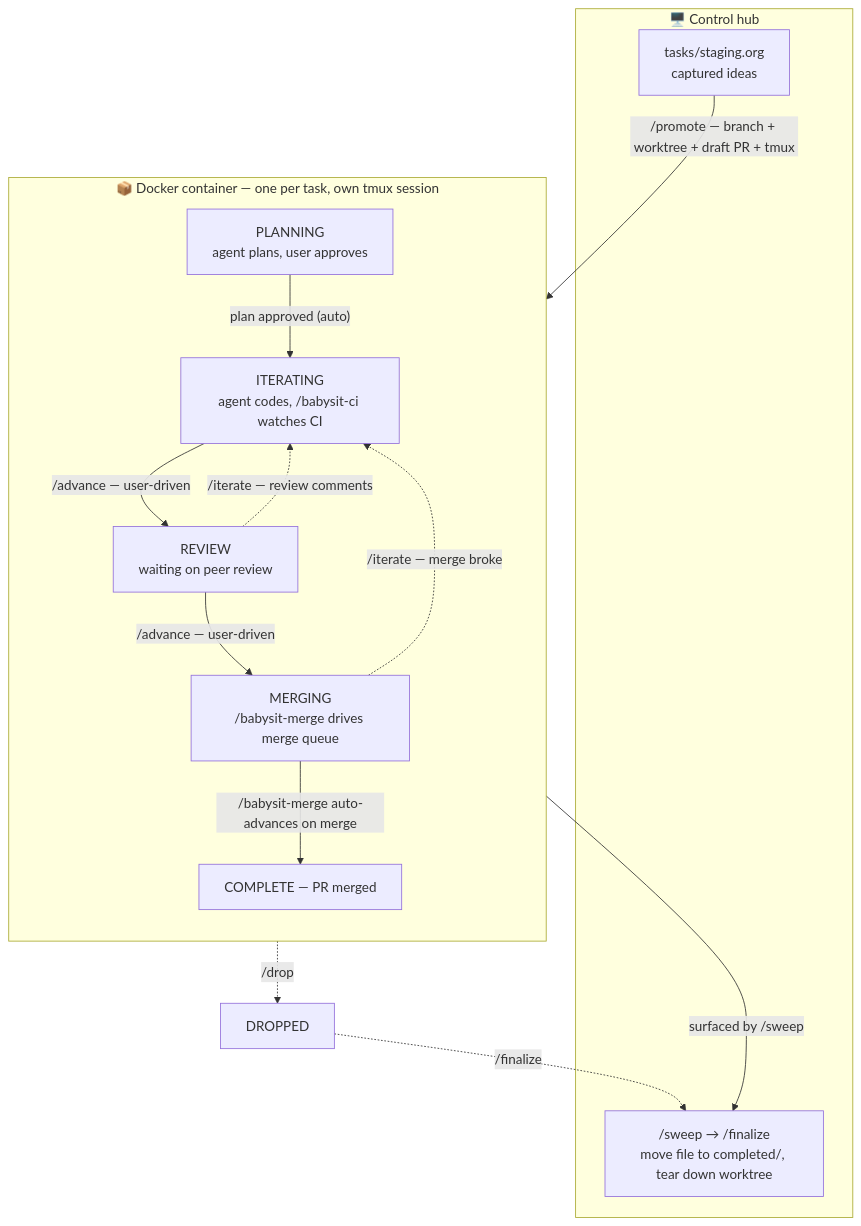
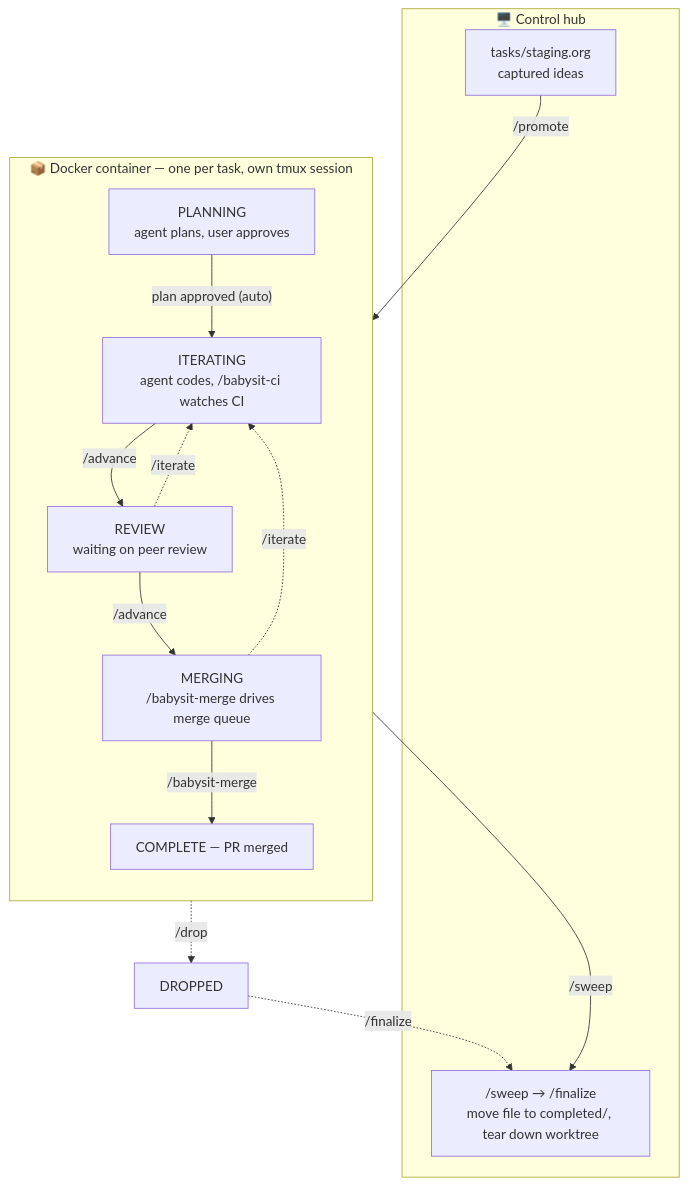
Before and after one commit to tildesrc/cloude-cade: the diagram in README.md, drawn with Mermaid.

Commit message:
Trim diagram edge labels to just the slash command
Per review feedback: edge labels that name a slash command now show
only the command (e.g. "/promote", "/advance", "/iterate"), dropping the
trailing descriptions. The caption already covers user-driven vs.
automatic transitions.

````diff
--- a/README.md
+++ b/README.md
@@ -57,28 +57,28 @@
 ```mermaid
 flowchart TD
     subgraph host["🖥️  Control hub"]
         STAGING["tasks/staging.org<br/>captured ideas"]
         CLEANUP["/sweep → /finalize<br/>move file to completed/, tear down worktree"]
     end
 
     subgraph container["📦  Docker container — one per task, own tmux session"]
         direction TB
         PLANNING["PLANNING<br/>agent plans, user approves"]
         ITERATING["ITERATING<br/>agent codes, /babysit-ci watches CI"]
         REVIEW["REVIEW<br/>waiting on peer review"]
         MERGING["MERGING<br/>/babysit-merge drives merge queue"]
         COMPLETE["COMPLETE — PR merged"]
     end
 
-    STAGING -->|"/promote — branch + worktree + draft PR + tmux"| PLANNING
+    STAGING -->|"/promote"| PLANNING
     PLANNING -->|"plan approved (auto)"| ITERATING
-    ITERATING -->|"/advance — user-driven"| REVIEW
-    REVIEW -->|"/advance — user-driven"| MERGING
-    MERGING -->|"/babysit-merge auto-advances on merge"| COMPLETE
-    COMPLETE -->|"surfaced by /sweep"| CLEANUP
+    ITERATING -->|"/advance"| REVIEW
+    REVIEW -->|"/advance"| MERGING
+    MERGING -->|"/babysit-merge"| COMPLETE
+    COMPLETE -->|"/sweep"| CLEANUP
 
-    REVIEW -.->|"/iterate — review comments"| ITERATING
-    MERGING -.->|"/iterate — merge broke"| ITERATING
+    REVIEW -.->|"/iterate"| ITERATING
+    MERGING -.->|"/iterate"| ITERATING
     ITERATING -.->|"/drop"| DROPPED["DROPPED"]
     DROPPED -.->|"/finalize"| CLEANUP
 ```
````
